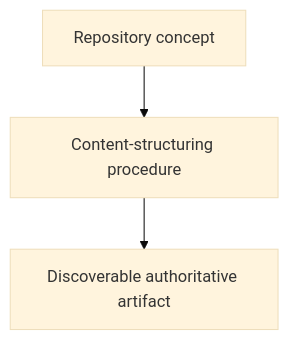
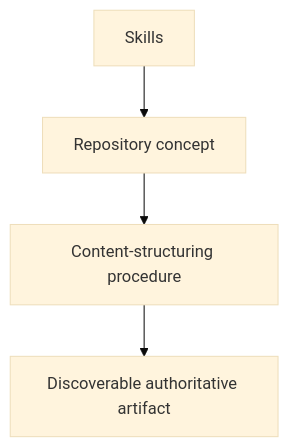
One commit to abstract-business-systems/as-is changed the diagram in skills/structuring-content/as-is.md. Above: the diagram before and after it, drawn with Mermaid (base theme). The commit also changed other lines of this file and 16 other files, not shown here.

Commit message:
docs(skills): add parent navigation to component records

````diff
--- a/skills/structuring-content/as-is.md
+++ b/skills/structuring-content/as-is.md
@@ -17,5 +19,7 @@
 ```mermaid
 flowchart TD
-    A["Repository concept"] --> B["Content-structuring procedure"]
+    Parent["Skills"] --> A["Repository concept"] --> B["Content-structuring procedure"]
     B --> C["Discoverable authoritative artifact"]
+
+    click Parent href "../as-is.md#design" "Open Skills design"
 ```
````
